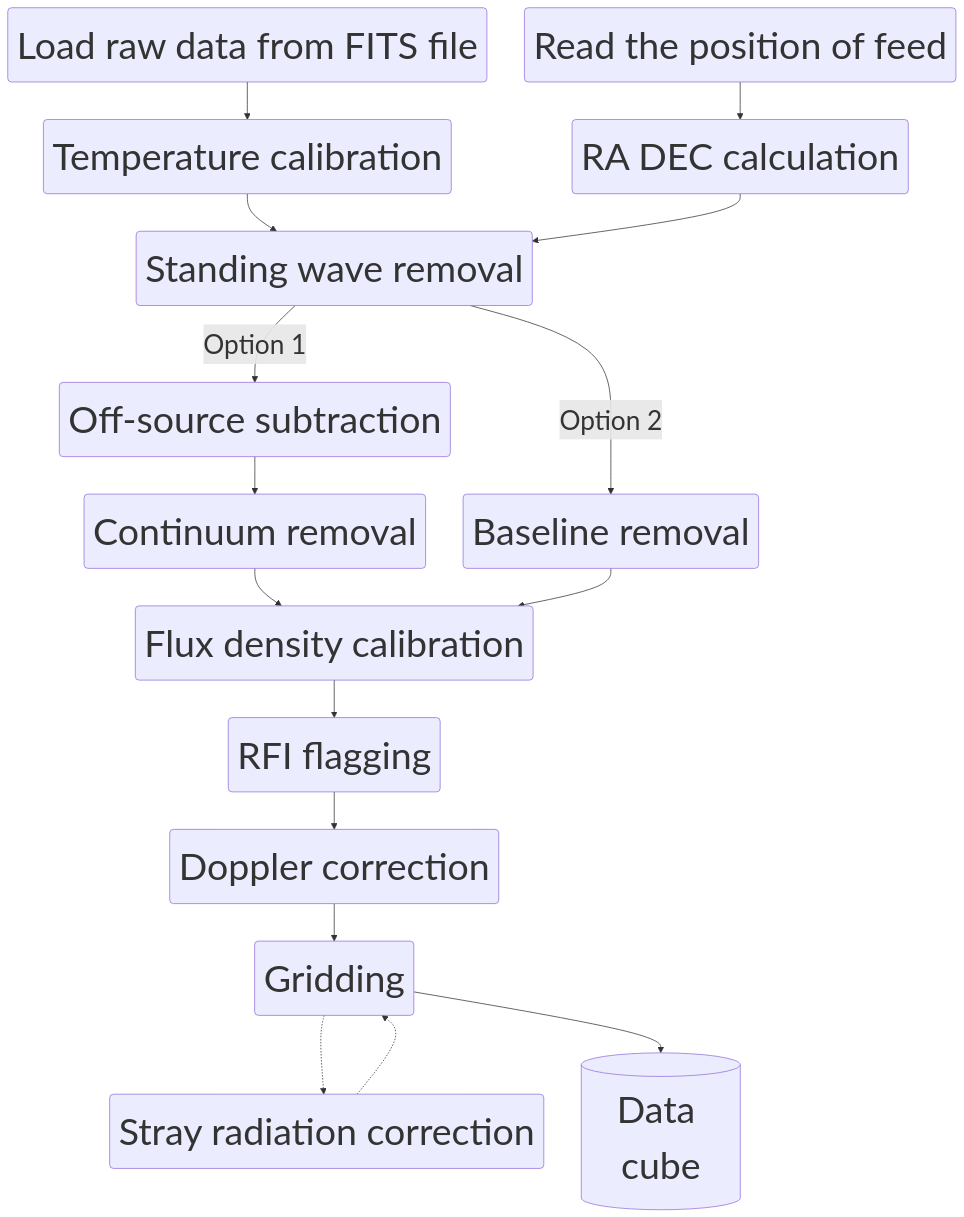
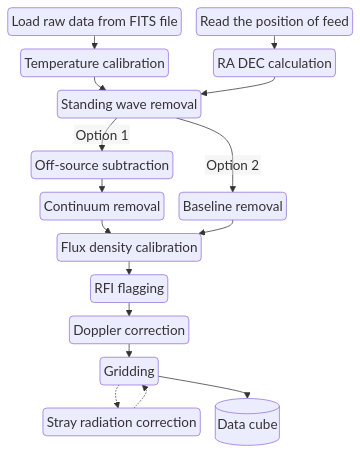
One commit to jyingjie/hifast-docs changed the diagram in docs/source/index.rst. Above: the diagram before and after it, drawn with Mermaid.

Commit message:
Refine Mermaid flowchart: use wrappingWidth instead of &nbsp; for layout control

```diff
--- a/docs/source/index.rst
+++ b/docs/source/index.rst
@@ -22,52 +22,51 @@
 .. mermaid::
    :caption: This flowchart illustrates the standard data processing workflow in HiFAST, from raw data to final data cubes. While it shows a typical path, remember that these modules are adaptable for custom tasks. (Click on nodes to view detailed documentation)
 
-   %%{init: {'themeVariables': { 'fontSize': '35px'}, 'flowchart': {'nodeSpacing': 50, 'padding': 12, 'rankSpacing': 50, 'diagramPadding': 1}}}%%
+   %%{init: {'themeVariables': { 'fontSize': '18px'}, 'flowchart': {'htmlLabels': false, 'wrappingWidth': 500, 'nodeSpacing': 20, 'padding': 5, 'rankSpacing': 18, 'diagramPadding': 5}}}%%
    flowchart TB
-      classDef default font-size:50px;
       
-      Load("Load&nbsp;raw&nbsp;data&nbsp;from&nbsp;FITS&nbsp;file")
-      Temp("Temperature&nbsp;calibration")
-      Stand("Standing&nbsp;wave&nbsp;removal")
-      Off("Off‑source&nbsp;subtraction")
-      Cont("Continuum&nbsp;removal")
-      Base("Baseline&nbsp;removal")
-      Flux("Flux&nbsp;density&nbsp;calibration")
+      Load("Load raw data from FITS file")
+      Temp("Temperature calibration")
+      Stand("Standing wave removal")
+      Off("Off‑source subtraction")
+      Cont("Continuum removal")
+      Base("Baseline removal")
+      Flux("Flux density calibration")
 
       Load --> Temp --> Stand
       Stand -- Option 1 --> Off --> Cont --> Flux
       Stand -- Option 2 --> Base --> Flux
 
-      Pos("Read&nbsp;the&nbsp;position&nbsp;of&nbsp;feed")
-      RADEC("RA&nbsp;DEC&nbsp;calculation")
-      Doppler("Doppler&nbsp;correction")
-      RFI("RFI&nbsp;flagging")
-      Stray("Stray&nbsp;radiation&nbsp;correction")
+      Pos("Read the position of feed")
+      RADEC("RA DEC calculation")
+      Doppler("Doppler correction")
+      RFI("RFI flagging")
+      Stray("Stray radiation correction")
       Grid("Gridding")
       Cube[(Data cube)]
 
       Pos --> RADEC --> Stand
       RFI --> Doppler
       Doppler --> Grid
       Stray -.-> Grid
       Grid -.-> Stray
       Grid --> Cube
 
       %% Inter-row connection
       Flux --> RFI
 
       %% Links
       click Load "hifast.sep.html"
       click Temp "hifast.sep.html"
       click Stand "hifast.sw.html"
       click Off "hifast.ref.html"
       click Cont "hifast.bld.html"
       click Base "hifast.bld.html"
       click Flux "hifast.flux.html"
       click Pos "hifast.radec.html"
       click RADEC "hifast.radec.html"
       click Doppler "hifast.multi.html"
       click RFI "hifast.rfi.html"
       click Stray "hifast.sr.html"
       click Grid "hifast.cube.html"
       click Cube "hifast.cube.html"
```
